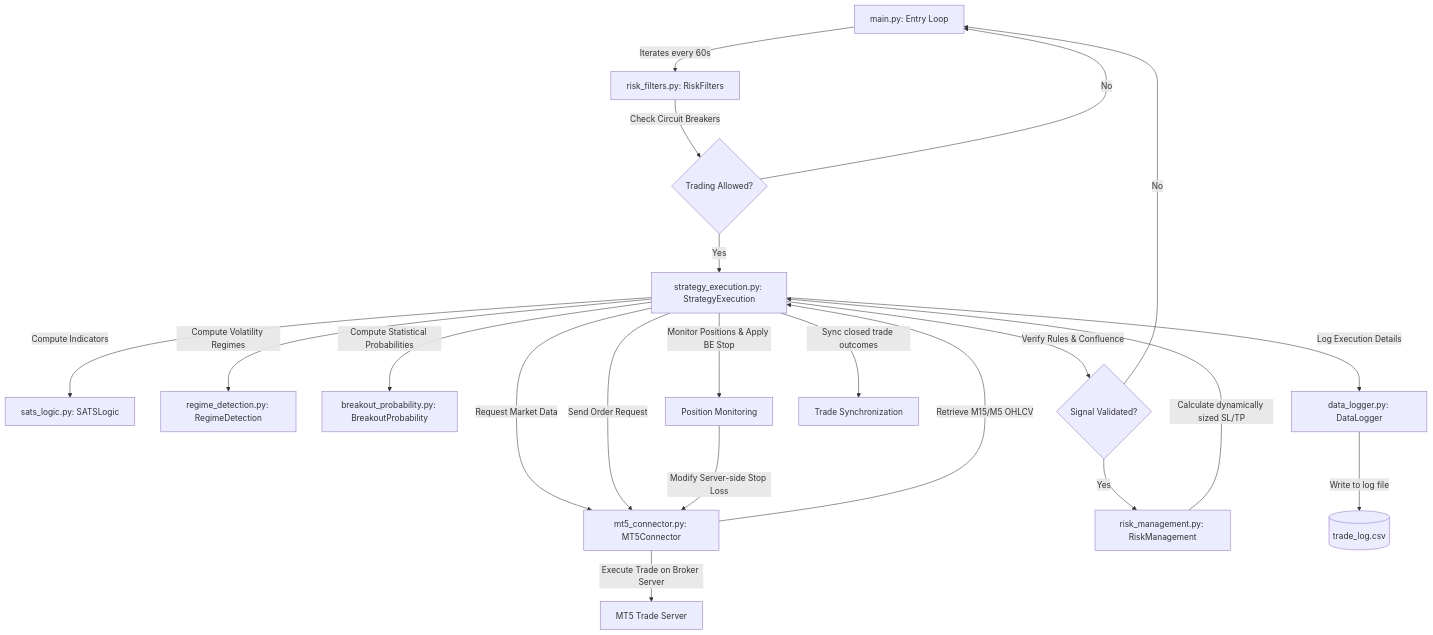
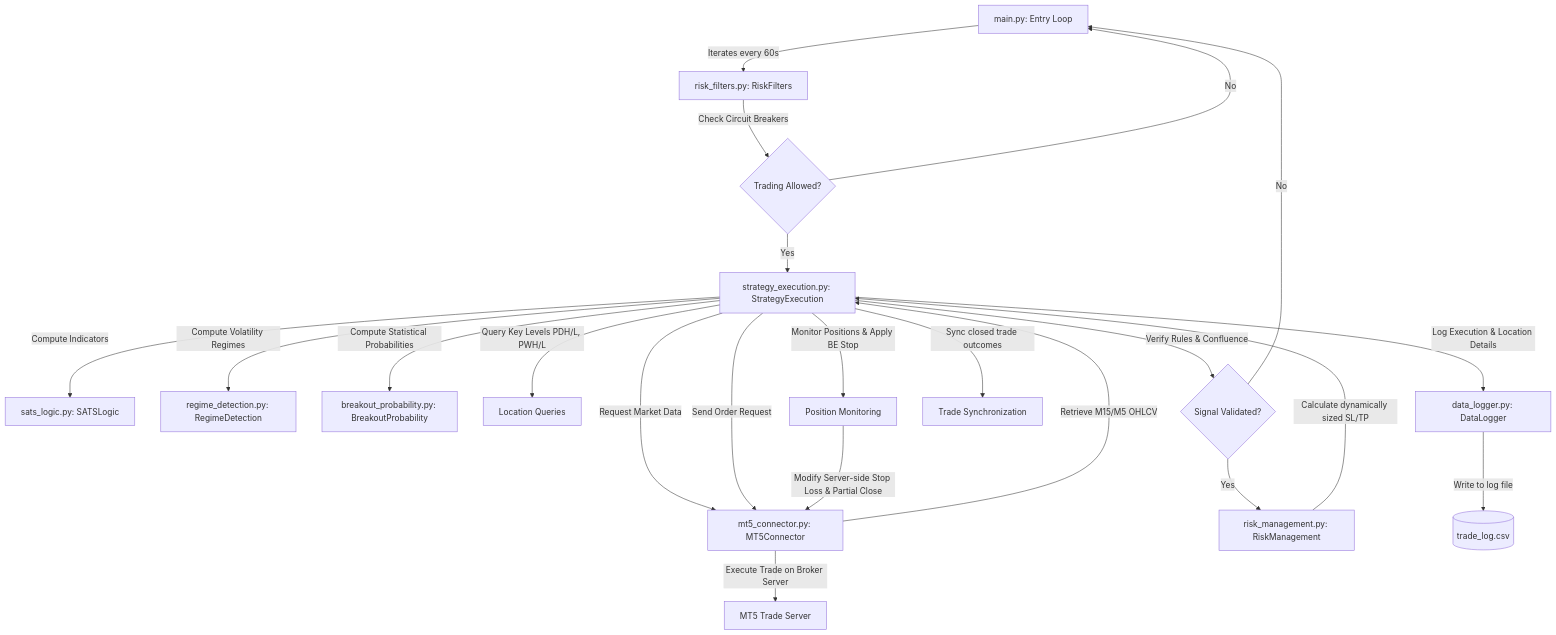
One commit to techsavvymohan/new_scalper_fx_gold changed the diagram in architecture_and_data_inputs.md. Above: the diagram before and after it, drawn with Mermaid. The commit also changed other lines of this file and 8 other files, not shown here.

````diff
--- a/architecture_and_data_inputs.md
+++ b/architecture_and_data_inputs.md
@@ -13,23 +13,24 @@
 ```mermaid
 graph TD
     A[main.py: Entry Loop] -->|Iterates every 60s| B[risk_filters.py: RiskFilters]
     B -->|Check Circuit Breakers| C{Trading Allowed?}
     C -->|No| A
     C -->|Yes| D[strategy_execution.py: StrategyExecution]
     D -->|Request Market Data| E[mt5_connector.py: MT5Connector]
     E -->|Retrieve M15/M5 OHLCV| D
     D -->|Compute Indicators| F[sats_logic.py: SATSLogic]
     D -->|Compute Volatility Regimes| G[regime_detection.py: RegimeDetection]
     D -->|Compute Statistical Probabilities| H[breakout_probability.py: BreakoutProbability]
-    D -->|Verify Rules & Confluence| I{Signal Validated?}
-    I -->|No| A
-    I -->|Yes| J[risk_management.py: RiskManagement]
-    J -->|Calculate dynamically sized SL/TP| D
+    D -->|Query Key Levels PDH/L, PWH/L| I[Location Queries]
+    D -->|Verify Rules & Confluence| J{Signal Validated?}
+    J -->|No| A
+    J -->|Yes| K[risk_management.py: RiskManagement]
+    K -->|Calculate dynamically sized SL/TP| D
     D -->|Send Order Request| E
-    E -->|Execute Trade on Broker Server| K[MT5 Trade Server]
-    D -->|Log Execution Details| L[data_logger.py: DataLogger]
-    D -->|Monitor Positions & Apply BE Stop| M[Position Monitoring]
-    M -->|Modify Server-side Stop Loss| E
-    D -->|Sync closed trade outcomes| N[Trade Synchronization]
-    L -->|Write to log file| O[(trade_log.csv)]
+    E -->|Execute Trade on Broker Server| L[MT5 Trade Server]
+    D -->|Log Execution & Location Details| M[data_logger.py: DataLogger]
+    D -->|Monitor Positions & Apply BE Stop| N[Position Monitoring]
+    N -->|Modify Server-side Stop Loss & Partial Close| E
+    D -->|Sync closed trade outcomes| O[Trade Synchronization]
+    M -->|Write to log file| P[(trade_log.csv)]
 ```
````
